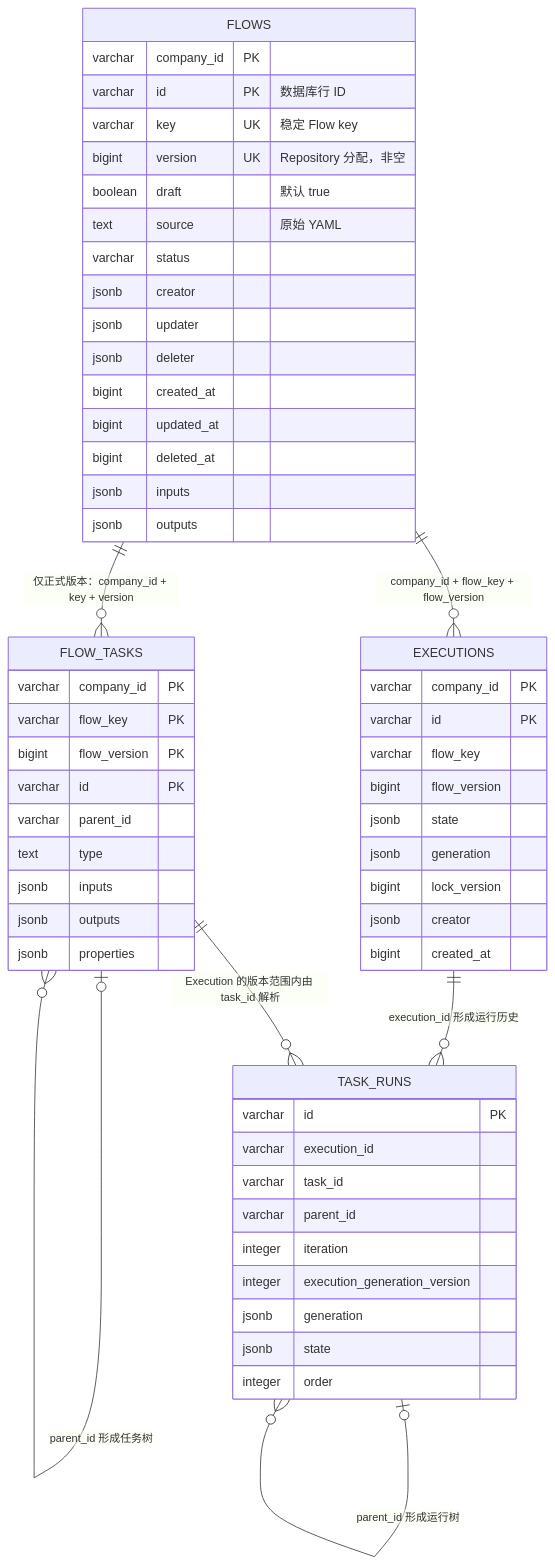
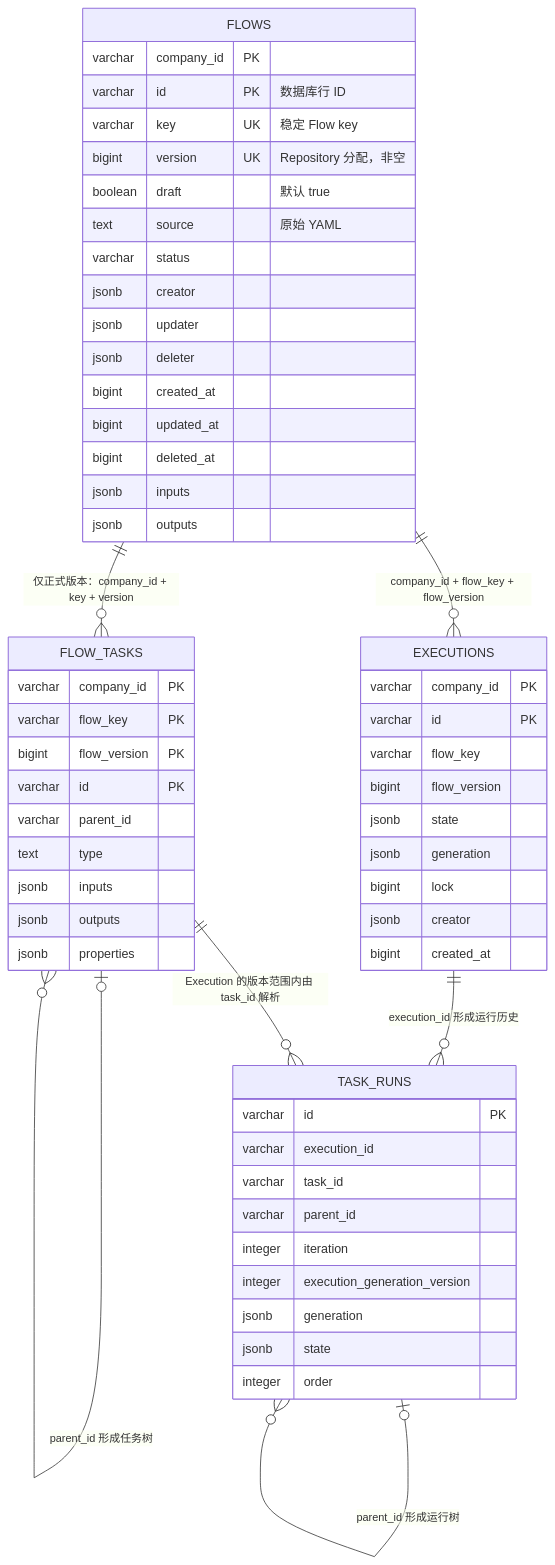
One commit to Eiddy5/flow changed the diagram in docs/harness/postgresql-repositories.md. Above: the diagram before and after it, drawn with Mermaid. The commit also changed other lines of this file and 33 other files, not shown here.

````diff
--- a/docs/harness/postgresql-repositories.md
+++ b/docs/harness/postgresql-repositories.md
@@ -10,64 +10,64 @@
 ```mermaid
 erDiagram
     FLOWS ||--o{ FLOW_TASKS : "仅正式版本：company_id + key + version"
     FLOWS ||--o{ EXECUTIONS : "company_id + flow_key + flow_version"
     FLOW_TASKS o|--o{ FLOW_TASKS : "parent_id 形成任务树"
     EXECUTIONS ||--o{ TASK_RUNS : "execution_id 形成运行历史"
     FLOW_TASKS ||--o{ TASK_RUNS : "Execution 的版本范围内由 task_id 解析"
     TASK_RUNS o|--o{ TASK_RUNS : "parent_id 形成运行树"
 
     FLOWS {
         varchar company_id PK
         varchar id PK "数据库行 ID"
         varchar key UK "稳定 Flow key"
         bigint version UK "Repository 分配，非空"
         boolean draft "默认 true"
         text source "原始 YAML"
         varchar status
         jsonb creator
         jsonb updater
         jsonb deleter
         bigint created_at
         bigint updated_at
         bigint deleted_at
         jsonb inputs
         jsonb outputs
     }
 
     FLOW_TASKS {
         varchar company_id PK
         varchar flow_key PK
         bigint flow_version PK
         varchar id PK
         varchar parent_id
         text type
         jsonb inputs
         jsonb outputs
         jsonb properties
     }
 
     EXECUTIONS {
         varchar company_id PK
         varchar id PK
         varchar flow_key
         bigint flow_version
         jsonb state
         jsonb generation
-        bigint lock_version
+        bigint lock
         jsonb creator
         bigint created_at
     }
 
     TASK_RUNS {
         varchar id PK
         varchar execution_id
         varchar task_id
         varchar parent_id
         integer iteration
         integer execution_generation_version
         jsonb generation
         jsonb state
         integer order
     }
 
 ```
````
